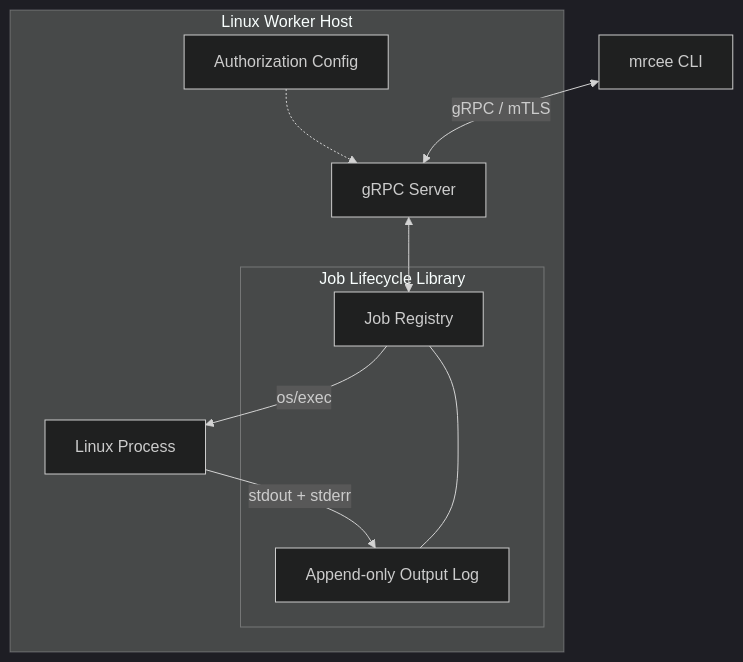
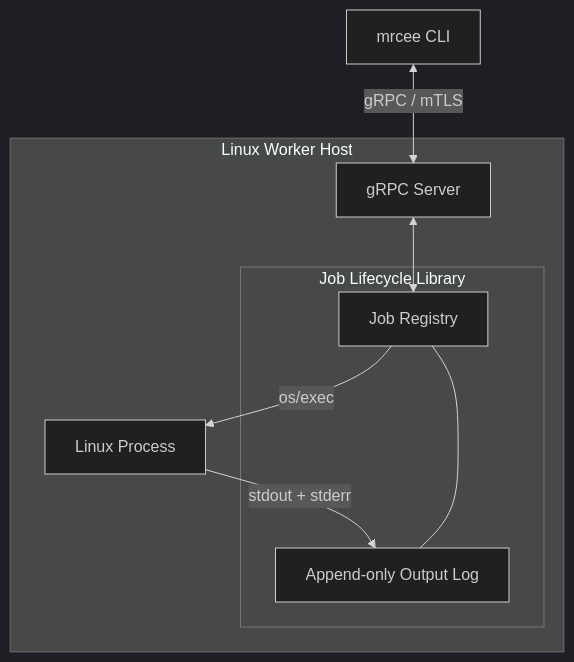
One commit to tomasger/mrcee changed the first of 2 diagrams in docs/DESIGN.md. Above: the diagram before and after it, drawn with Mermaid (dark theme). The commit also changed other lines of this file, not shown here.

Commit message:
Simplify authorization.

````diff
--- a/docs/DESIGN.md
+++ b/docs/DESIGN.md
@@ -17,24 +17,22 @@
 ```mermaid
 flowchart TB
     CLI["mrcee CLI"]
 
     subgraph Worker["Linux Worker Host"]
         API["gRPC Server"]
-        Auth["Authorization Config"]
 
         subgraph Library["Job Lifecycle Library"]
             Manager["Job Registry"]
             Output["Append-only Output Log"]
         end
 
         Process["Linux Process"]
 
         API <--> Manager
         Manager -->|"os/exec"| Process
         Process -->|"stdout + stderr"| Output
         Manager --- Output
-        Auth -.-> API
     end
 
     CLI <-->|"gRPC / mTLS"| API
 ```
````
